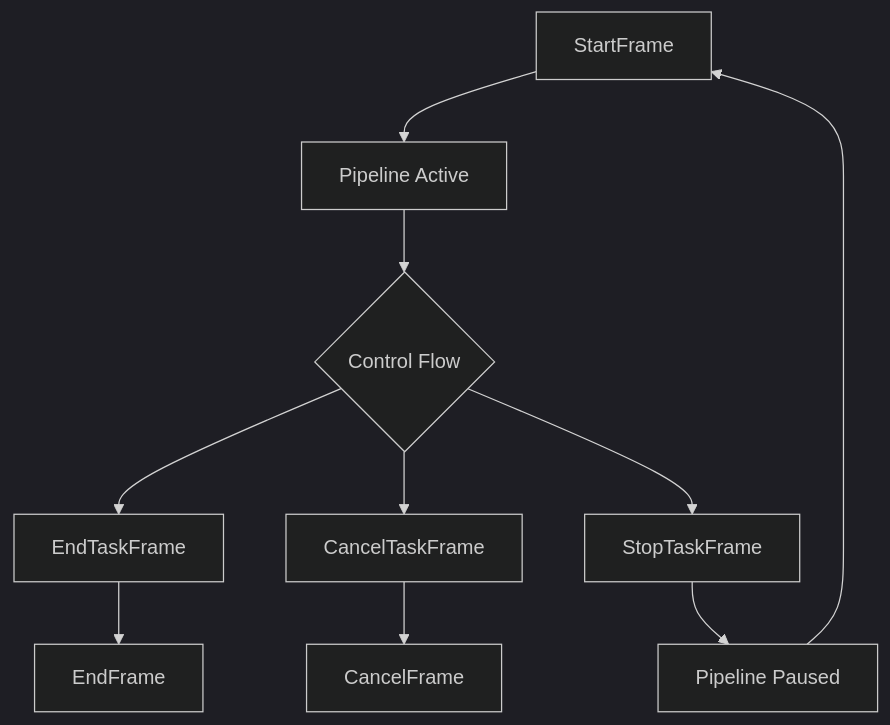
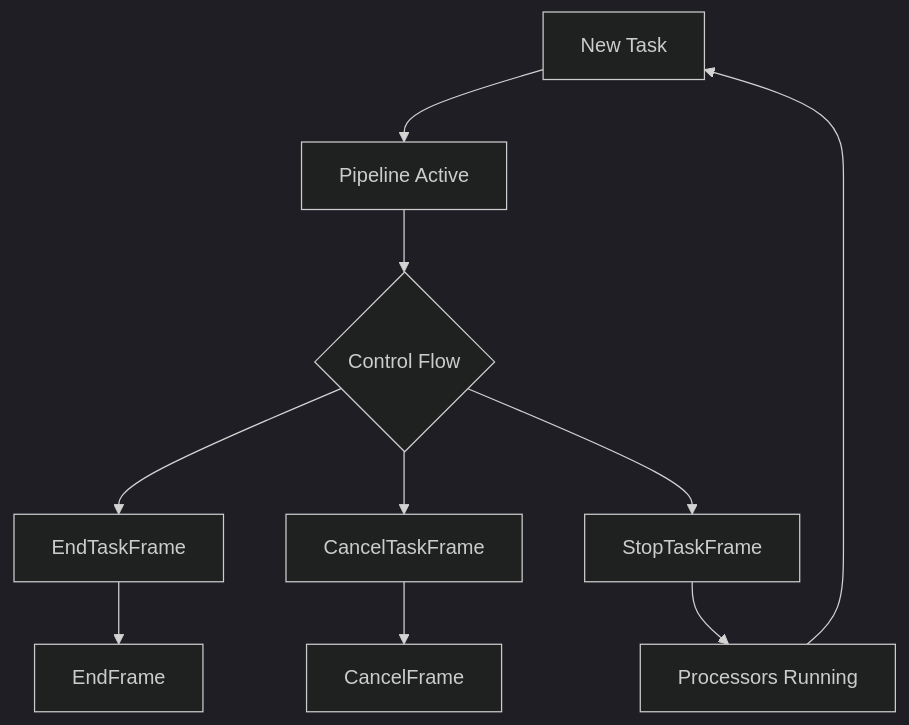
One commit to pipecat-ai/docs changed the diagram in api-reference/frames/pipeline-control.mdx. Above: the diagram before and after it, drawn with Mermaid (dark theme). The commit also changed other lines of this file and 16 other files, not shown here.

````diff
--- a/api-reference/frames/pipeline-control.mdx
+++ b/api-reference/frames/pipeline-control.mdx
@@ -149,12 +150,12 @@
 ```mermaid
 graph TD
     A[StartFrame] --> B[Pipeline Active]
     B --> C{Control Flow}
     C --> D[EndTaskFrame]
     C --> E[CancelTaskFrame]
     C --> F[StopTaskFrame]
     D --> G[EndFrame]
     E --> H[CancelFrame]
-    F --> I[Pipeline Paused]
-    I --> A
+    F --> I[Processors Running]
+    I --> A[New Task]
 ```
````
